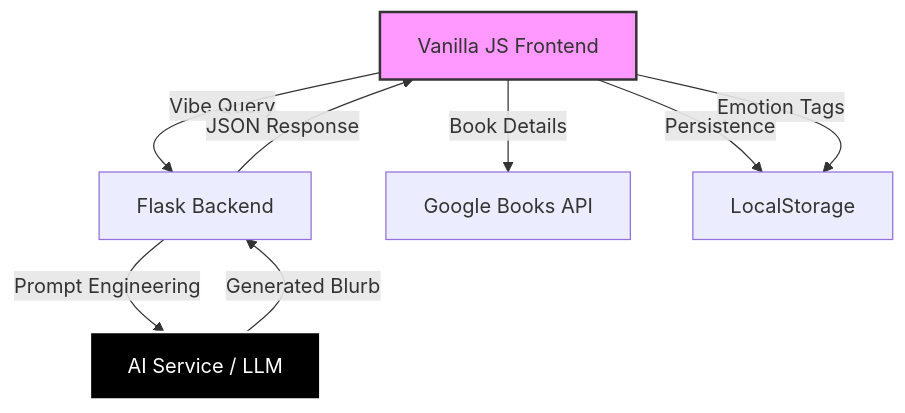
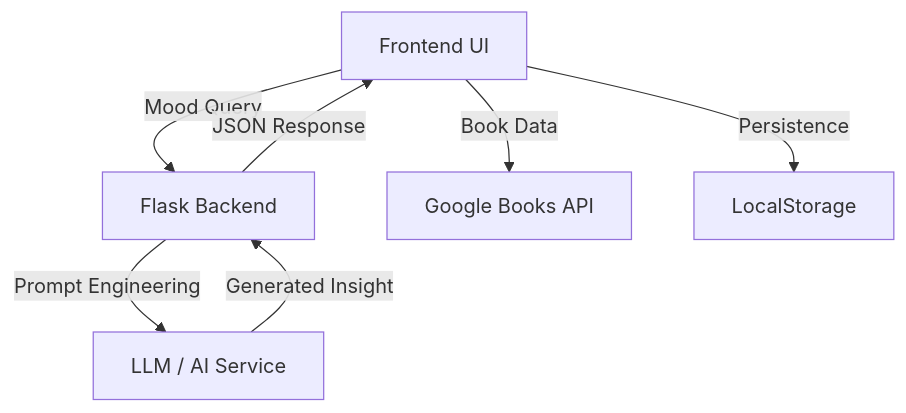
The diagram in README.md (diksha78dev/BiblioDrift), drawn with Mermaid before and after one commit. The commit also changed other lines of this file, not shown here.

````diff
--- a/README.md
+++ b/README.md
@@ -55,13 +102,9 @@
 ```mermaid
 graph TD
-    A[Vanilla JS Frontend] -->|Vibe Query| B[Flask Backend]
-    B -->|Prompt Engineering| C[AI Service / LLM]
-    C -->|Generated Blurb| B
+    A[Frontend UI] -->|Mood Query| B[Flask Backend]
+    B -->|Prompt Engineering| C[LLM / AI Service]
+    C -->|Generated Insight| B
     B -->|JSON Response| A
-    A -->|Book Details| D[Google Books API]
+    A -->|Book Data| D[Google Books API]
     A -->|Persistence| E[LocalStorage]
-    A -->|Emotion Tags| E
-
-    style A fill:#f9f,stroke:#333,stroke-width:2px
-    style C fill:#000,stroke:#fff,stroke-width:2px,color:#fff
 ```
````
